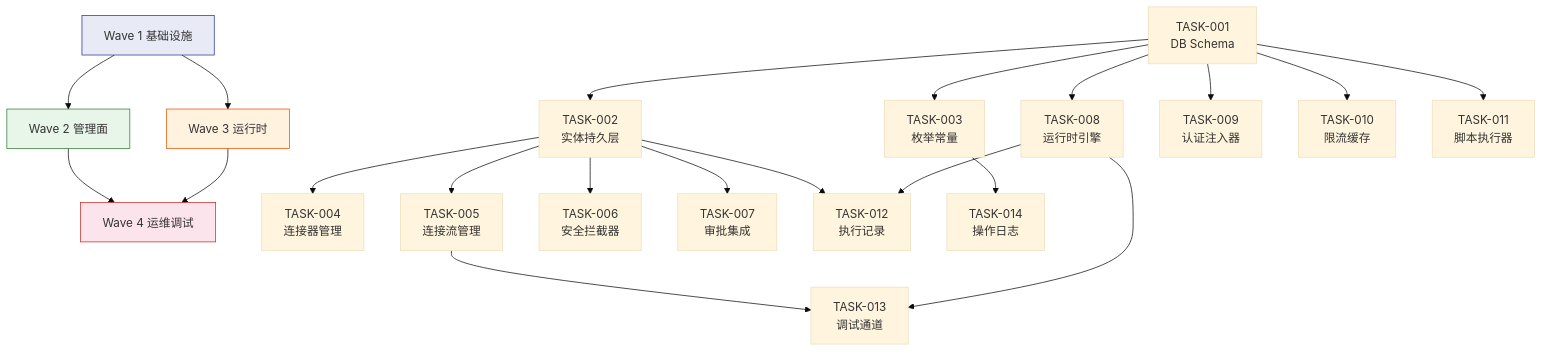
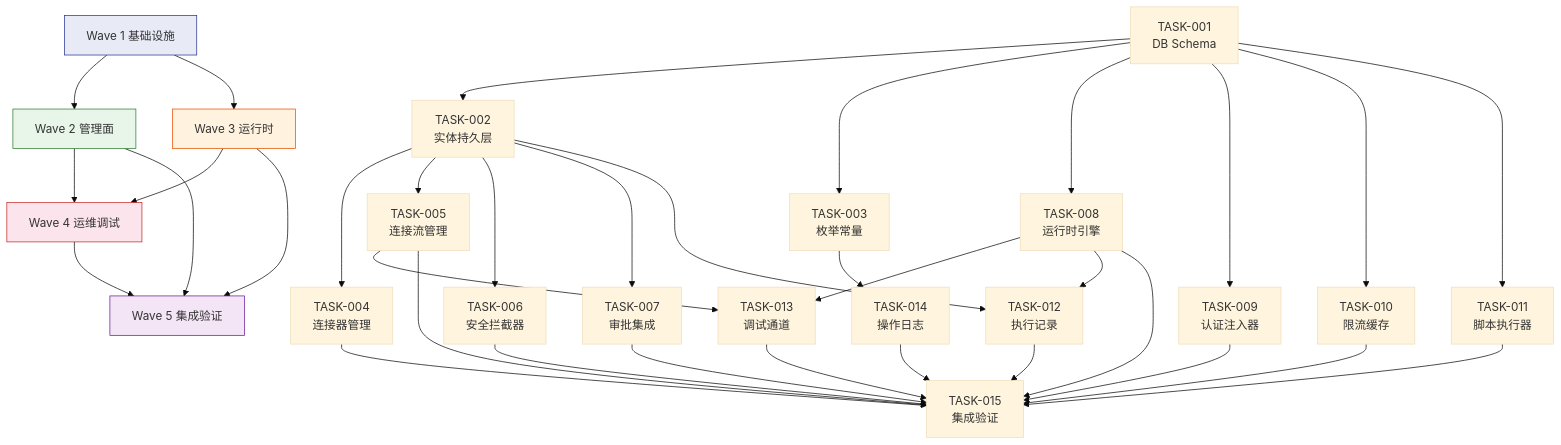
One commit to THZSummer/open-app changed the diagram in .sddu/specs-tree-root/specs-tree-connector-platform-v3/tasks.md. Above: the diagram before and after it, drawn with Mermaid (base theme). The commit also changed other lines of this file, not shown here.

First line of the commit message:
feat(tasks): 新增测试要求 + TASK-015 整体集成验证

````diff
--- a/.sddu/specs-tree-root/specs-tree-connector-platform-v3/tasks.md
+++ b/.sddu/specs-tree-root/specs-tree-connector-platform-v3/tasks.md
@@ -781,28 +951,43 @@
 ```mermaid
 graph TD
     WAVE1["Wave 1 基础设施"] --> WAVE2["Wave 2 管理面"]
     WAVE1 --> WAVE3["Wave 3 运行时"]
     WAVE2 --> WAVE4["Wave 4 运维调试"]
     WAVE3 --> WAVE4
+    WAVE2 --> WAVE5["Wave 5 集成验证"]
+    WAVE3 --> WAVE5
+    WAVE4 --> WAVE5
 
     T001["TASK-001<br/>DB Schema"] --> T002["TASK-002<br/>实体持久层"]
     T001 --> T003["TASK-003<br/>枚举常量"]
     T002 --> T004["TASK-004<br/>连接器管理"]
     T002 --> T005["TASK-005<br/>连接流管理"]
     T002 --> T006["TASK-006<br/>安全拦截器"]
     T002 --> T007["TASK-007<br/>审批集成"]
     T001 --> T008["TASK-008<br/>运行时引擎"]
     T001 --> T009["TASK-009<br/>认证注入器"]
     T001 --> T010["TASK-010<br/>限流缓存"]
     T001 --> T011["TASK-011<br/>脚本执行器"]
     T005 --> T013["TASK-013<br/>调试通道"]
     T008 --> T013
     T002 --> T012["TASK-012<br/>执行记录"]
     T008 --> T012
     T003 --> T014["TASK-014<br/>操作日志"]
+    T004 --> T015["TASK-015<br/>集成验证"]
+    T005 --> T015
+    T006 --> T015
+    T007 --> T015
+    T008 --> T015
+    T009 --> T015
+    T010 --> T015
+    T011 --> T015
+    T012 --> T015
+    T013 --> T015
+    T014 --> T015
 
     style WAVE1 fill:#e8eaf6,stroke:#283593
     style WAVE2 fill:#e8f5e9,stroke:#2e7d32
     style WAVE3 fill:#fff3e0,stroke:#e65100
     style WAVE4 fill:#fce4ec,stroke:#c62828
+    style WAVE5 fill:#f3e5f5,stroke:#6a1b9a
 ```
````
